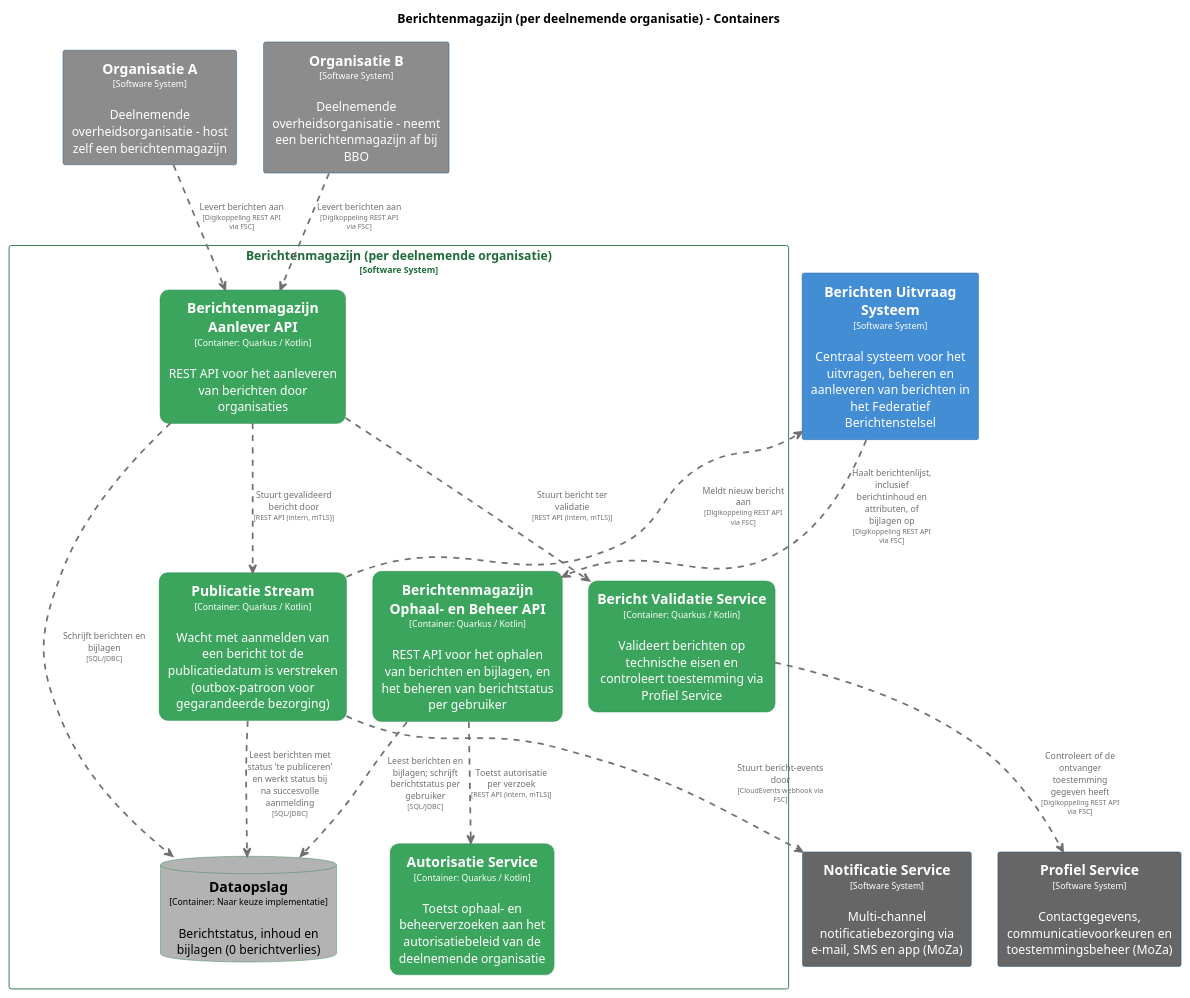
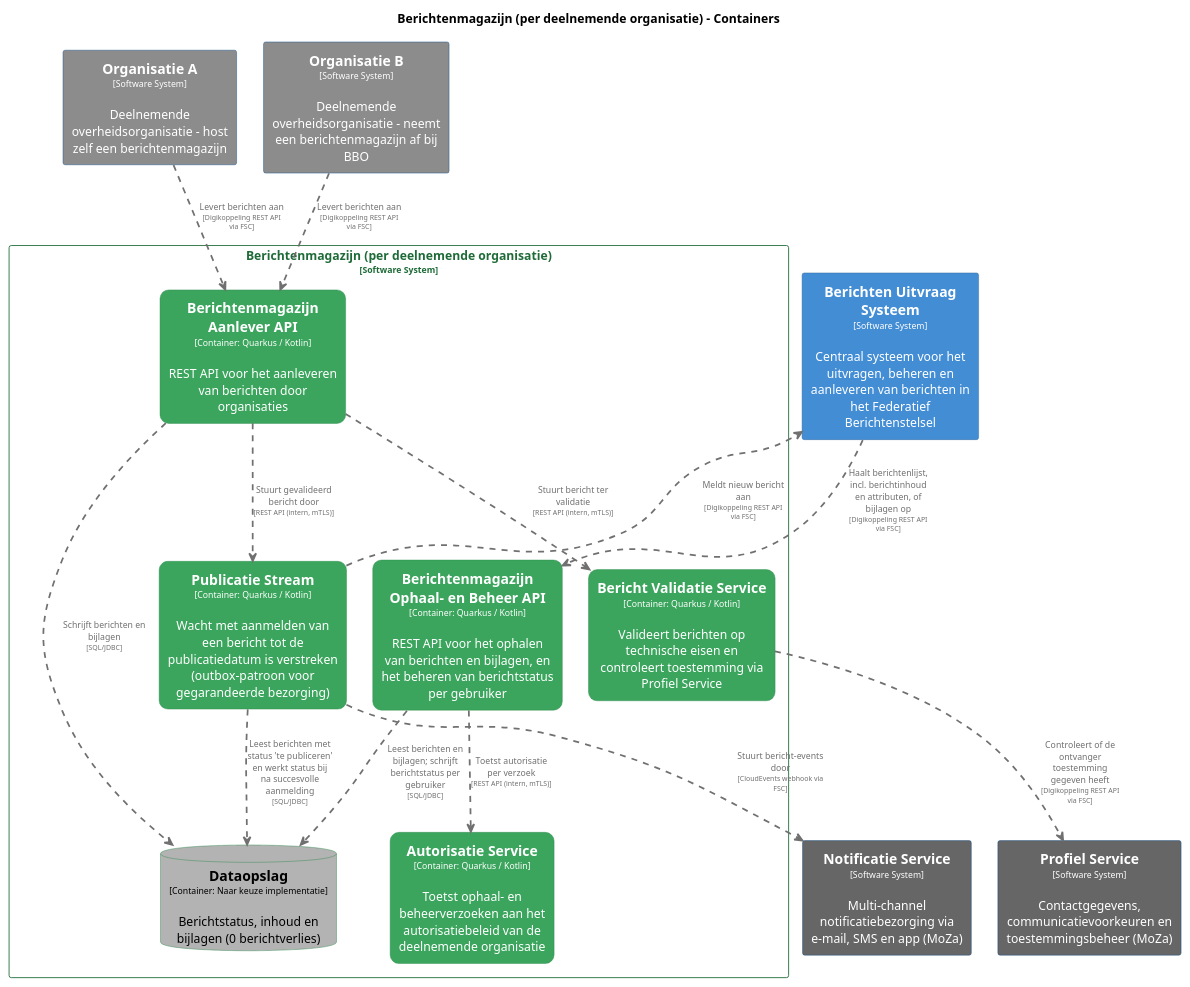
The diagram in pr-preview/pr-29/master/puml/BerichtenmagazijnContainers.puml (MinBZK/moza-poc-fbs-berichtenbox), drawn with PlantUML before and after one commit. The commit also changed 36 other files, not shown here.

```diff
--- a/pr-preview/pr-29/master/puml/BerichtenmagazijnContainers.puml
+++ b/pr-preview/pr-29/master/puml/BerichtenmagazijnContainers.puml
@@ -1,122 +1,122 @@
 @startuml
 set separator none
 title Berichtenmagazijn (per deelnemende organisatie) - Containers
 
 top to bottom direction
 skinparam ranksep 60
 skinparam nodesep 30
 
 skinparam {
   arrowFontSize 10
   defaultTextAlignment center
   wrapWidth 200
   maxMessageSize 100
 }
 
 hide stereotype
 
 skinparam rectangle<<Berichtenmagazijnperdeelnemendeorganisatie.AutorisatieService>> {
   BackgroundColor #3ba55d
   FontColor #ffffff
   BorderColor #2d8a4e
   roundCorner 20
   shadowing false
 }
 skinparam rectangle<<Berichtenmagazijnperdeelnemendeorganisatie.BerichtValidatieService>> {
   BackgroundColor #3ba55d
   FontColor #ffffff
   BorderColor #2d8a4e
   roundCorner 20
   shadowing false
 }
 skinparam rectangle<<BerichtenUitvraagSysteem>> {
   BackgroundColor #438dd5
   FontColor #ffffff
   BorderColor #2e6295
   shadowing false
 }
 skinparam rectangle<<Berichtenmagazijnperdeelnemendeorganisatie.BerichtenmagazijnAanleverAPI>> {
   BackgroundColor #3ba55d
   FontColor #ffffff
   BorderColor #2d8a4e
   roundCorner 20
   shadowing false
 }
 skinparam rectangle<<Berichtenmagazijnperdeelnemendeorganisatie.BerichtenmagazijnOphaalenBeheerAPI>> {
   BackgroundColor #3ba55d
   FontColor #ffffff
   BorderColor #2d8a4e
   roundCorner 20
   shadowing false
 }
 skinparam database<<Berichtenmagazijnperdeelnemendeorganisatie.Dataopslag>> {
   BackgroundColor #b3b3b3
   FontColor #000000
   BorderColor #2d8a4e
   shadowing false
 }
 skinparam rectangle<<NotificatieService>> {
   BackgroundColor #666666
   FontColor #ffffff
   BorderColor #0b4884
   shadowing false
 }
 skinparam rectangle<<OrganisatieA>> {
   BackgroundColor #8c8c8c
   FontColor #ffffff
   BorderColor #0b4884
   shadowing false
 }
 skinparam rectangle<<OrganisatieB>> {
   BackgroundColor #8c8c8c
   FontColor #ffffff
   BorderColor #0b4884
   shadowing false
 }
 skinparam rectangle<<ProfielService>> {
   BackgroundColor #666666
   FontColor #ffffff
   BorderColor #0b4884
   shadowing false
 }
 skinparam rectangle<<Berichtenmagazijnperdeelnemendeorganisatie.PublicatieStream>> {
   BackgroundColor #3ba55d
   FontColor #ffffff
   BorderColor #2d8a4e
   roundCorner 20
   shadowing false
 }
 skinparam rectangle<<Berichtenmagazijnperdeelnemendeorganisatie>> {
   BorderColor #1e6b38
   FontColor #1e6b38
   shadowing false
 }
 
 rectangle "==Profiel Service\n<size:10>[Software System]</size>\n\nContactgegevens, communicatievoorkeuren en toestemmingsbeheer (MoZa)" <<ProfielService>> as ProfielService
 rectangle "==Notificatie Service\n<size:10>[Software System]</size>\n\nMulti-channel notificatiebezorging via e-mail, SMS en app (MoZa)" <<NotificatieService>> as NotificatieService
 rectangle "==Organisatie A\n<size:10>[Software System]</size>\n\nDeelnemende overheidsorganisatie - host zelf een berichtenmagazijn" <<OrganisatieA>> as OrganisatieA
 rectangle "==Organisatie B\n<size:10>[Software System]</size>\n\nDeelnemende overheidsorganisatie - neemt een berichtenmagazijn af bij BBO" <<OrganisatieB>> as OrganisatieB
 rectangle "==Berichten Uitvraag Systeem\n<size:10>[Software System]</size>\n\nCentraal systeem voor het uitvragen, beheren en aanleveren van berichten in het Federatief Berichtenstelsel" <<BerichtenUitvraagSysteem>> as BerichtenUitvraagSysteem
 
 rectangle "Berichtenmagazijn (per deelnemende organisatie)\n<size:10>[Software System]</size>" <<Berichtenmagazijnperdeelnemendeorganisatie>> {
   rectangle "==Berichtenmagazijn Ophaal- en Beheer API\n<size:10>[Container: Quarkus / Kotlin]</size>\n\nREST API voor het ophalen van berichten en bijlagen, en het beheren van berichtstatus per gebruiker" <<Berichtenmagazijnperdeelnemendeorganisatie.BerichtenmagazijnOphaalenBeheerAPI>> as Berichtenmagazijnperdeelnemendeorganisatie.BerichtenmagazijnOphaalenBeheerAPI
   rectangle "==Berichtenmagazijn Aanlever API\n<size:10>[Container: Quarkus / Kotlin]</size>\n\nREST API voor het aanleveren van berichten door organisaties" <<Berichtenmagazijnperdeelnemendeorganisatie.BerichtenmagazijnAanleverAPI>> as Berichtenmagazijnperdeelnemendeorganisatie.BerichtenmagazijnAanleverAPI
   database "==Dataopslag\n<size:10>[Container: Naar keuze implementatie]</size>\n\nBerichtstatus, inhoud en bijlagen (0 berichtverlies)" <<Berichtenmagazijnperdeelnemendeorganisatie.Dataopslag>> as Berichtenmagazijnperdeelnemendeorganisatie.Dataopslag
   rectangle "==Bericht Validatie Service\n<size:10>[Container: Quarkus / Kotlin]</size>\n\nValideert berichten op technische eisen en controleert toestemming via Profiel Service" <<Berichtenmagazijnperdeelnemendeorganisatie.BerichtValidatieService>> as Berichtenmagazijnperdeelnemendeorganisatie.BerichtValidatieService
   rectangle "==Publicatie Stream\n<size:10>[Container: Quarkus / Kotlin]</size>\n\nWacht met aanmelden van een bericht tot de publicatiedatum is verstreken (outbox-patroon voor gegarandeerde bezorging)" <<Berichtenmagazijnperdeelnemendeorganisatie.PublicatieStream>> as Berichtenmagazijnperdeelnemendeorganisatie.PublicatieStream
   rectangle "==Autorisatie Service\n<size:10>[Container: Quarkus / Kotlin]</size>\n\nToetst ophaal- en beheerverzoeken aan het autorisatiebeleid van de deelnemende organisatie" <<Berichtenmagazijnperdeelnemendeorganisatie.AutorisatieService>> as Berichtenmagazijnperdeelnemendeorganisatie.AutorisatieService
 }
 
 Berichtenmagazijnperdeelnemendeorganisatie.PublicatieStream .[#707070,thickness=2].> BerichtenUitvraagSysteem : "<color:#707070>Meldt nieuw bericht aan\n<color:#707070><size:8>[Digikoppeling REST API via FSC]</size>"
 Berichtenmagazijnperdeelnemendeorganisatie.PublicatieStream .[#707070,thickness=2].> NotificatieService : "<color:#707070>Stuurt bericht-events door\n<color:#707070><size:8>[CloudEvents webhook via FSC]</size>"
 OrganisatieA .[#707070,thickness=2].> Berichtenmagazijnperdeelnemendeorganisatie.BerichtenmagazijnAanleverAPI : "<color:#707070>Levert berichten aan\n<color:#707070><size:8>[Digikoppeling REST API via FSC]</size>"
 OrganisatieB .[#707070,thickness=2].> Berichtenmagazijnperdeelnemendeorganisatie.BerichtenmagazijnAanleverAPI : "<color:#707070>Levert berichten aan\n<color:#707070><size:8>[Digikoppeling REST API via FSC]</size>"
 Berichtenmagazijnperdeelnemendeorganisatie.BerichtValidatieService .[#707070,thickness=2].> ProfielService : "<color:#707070>Controleert of de ontvanger toestemming gegeven heeft\n<color:#707070><size:8>[Digikoppeling REST API via FSC]</size>"
 Berichtenmagazijnperdeelnemendeorganisatie.BerichtenmagazijnOphaalenBeheerAPI .[#707070,thickness=2].> Berichtenmagazijnperdeelnemendeorganisatie.Dataopslag : "<color:#707070>Leest berichten en bijlagen; schrijft berichtstatus per gebruiker\n<color:#707070><size:8>[SQL/JDBC]</size>"
 Berichtenmagazijnperdeelnemendeorganisatie.BerichtenmagazijnAanleverAPI .[#707070,thickness=2].> Berichtenmagazijnperdeelnemendeorganisatie.Dataopslag : "<color:#707070>Schrijft berichten en bijlagen\n<color:#707070><size:8>[SQL/JDBC]</size>"
 Berichtenmagazijnperdeelnemendeorganisatie.BerichtenmagazijnAanleverAPI .[#707070,thickness=2].> Berichtenmagazijnperdeelnemendeorganisatie.BerichtValidatieService : "<color:#707070>Stuurt bericht ter validatie\n<color:#707070><size:8>[REST API (intern, mTLS)]</size>"
 Berichtenmagazijnperdeelnemendeorganisatie.BerichtenmagazijnAanleverAPI .[#707070,thickness=2].> Berichtenmagazijnperdeelnemendeorganisatie.PublicatieStream : "<color:#707070>Stuurt gevalideerd bericht door\n<color:#707070><size:8>[REST API (intern, mTLS)]</size>"
 Berichtenmagazijnperdeelnemendeorganisatie.PublicatieStream .[#707070,thickness=2].> Berichtenmagazijnperdeelnemendeorganisatie.Dataopslag : "<color:#707070>Leest berichten met status 'te publiceren' en werkt status bij na succesvolle aanmelding\n<color:#707070><size:8>[SQL/JDBC]</size>"
 Berichtenmagazijnperdeelnemendeorganisatie.BerichtenmagazijnOphaalenBeheerAPI .[#707070,thickness=2].> Berichtenmagazijnperdeelnemendeorganisatie.AutorisatieService : "<color:#707070>Toetst autorisatie per verzoek\n<color:#707070><size:8>[REST API (intern, mTLS)]</size>"
-BerichtenUitvraagSysteem .[#707070,thickness=2].> Berichtenmagazijnperdeelnemendeorganisatie.BerichtenmagazijnOphaalenBeheerAPI : "<color:#707070>Haalt berichtenlijst, inclusief berichtinhoud en attributen, of bijlagen op\n<color:#707070><size:8>[Digikoppeling REST API via FSC]</size>"
+BerichtenUitvraagSysteem .[#707070,thickness=2].> Berichtenmagazijnperdeelnemendeorganisatie.BerichtenmagazijnOphaalenBeheerAPI : "<color:#707070>Haalt berichtenlijst, incl. berichtinhoud en attributen, of bijlagen op\n<color:#707070><size:8>[Digikoppeling REST API via FSC]</size>"
 @enduml
```
